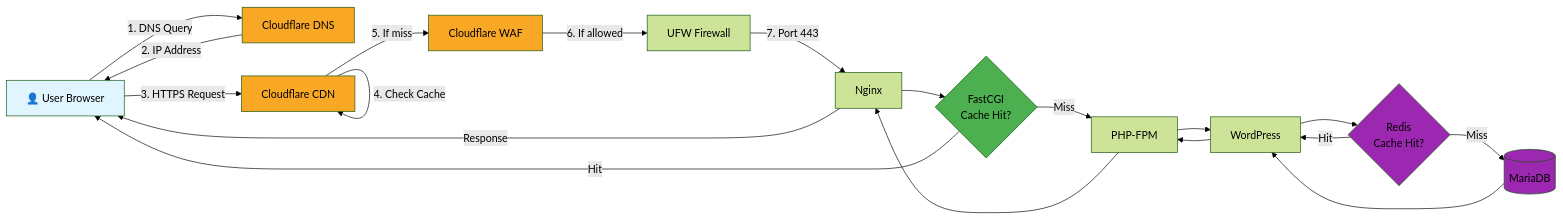
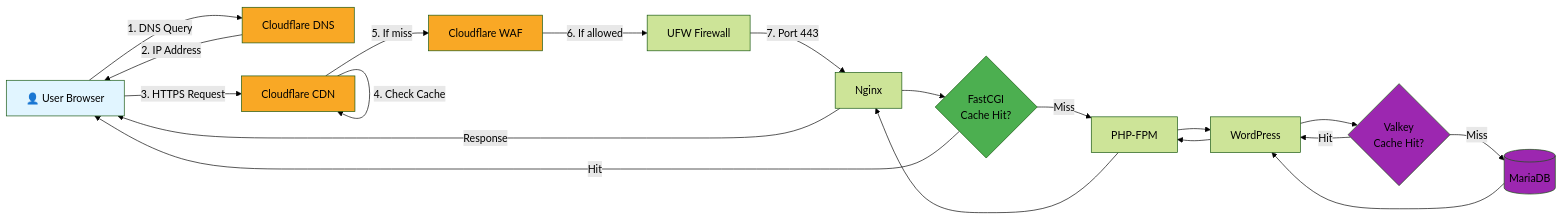
One commit to malpanez/hetzner-secure-infrastructure changed the fourth of 11 diagrams in docs/infrastructure/WORDPRESS-STACK-MERMAID.md. Above: the diagram before and after it, drawn with Mermaid (forest theme). The commit also changed other lines of this file and 38 other files, not shown here.

````diff
--- a/docs/infrastructure/WORDPRESS-STACK-MERMAID.md
+++ b/docs/infrastructure/WORDPRESS-STACK-MERMAID.md
@@ -175,44 +175,44 @@
 ```mermaid
 flowchart LR
     User[👤 User Browser]
     CF_DNS[Cloudflare DNS]
     CF_CDN[Cloudflare CDN]
     CF_WAF[Cloudflare WAF]
 
     UFW[UFW Firewall]
     Nginx[Nginx]
     Cache{FastCGI<br/>Cache Hit?}
     PHP[PHP-FPM]
     WP[WordPress]
-    Redis{Redis<br/>Cache Hit?}
+    Redis{Valkey<br/>Cache Hit?}
     DB[(MariaDB)]
 
     User -->|1. DNS Query| CF_DNS
     CF_DNS -->|2. IP Address| User
     User -->|3. HTTPS Request| CF_CDN
     CF_CDN -->|4. Check Cache| CF_CDN
     CF_CDN -->|5. If miss| CF_WAF
     CF_WAF -->|6. If allowed| UFW
     UFW -->|7. Port 443| Nginx
     Nginx --> Cache
 
     Cache -->|Hit| User
     Cache -->|Miss| PHP
 
     PHP --> WP
     WP --> Redis
     Redis -->|Hit| WP
     Redis -->|Miss| DB
     DB --> WP
     WP --> PHP
     PHP --> Nginx
     Nginx -->|Response| User
 
     style User fill:#e1f5ff
     style CF_DNS fill:#f9a825
     style CF_CDN fill:#f9a825
     style CF_WAF fill:#f9a825
     style Cache fill:#4caf50
     style Redis fill:#9c27b0
     style DB fill:#9c27b0
 ```
````
